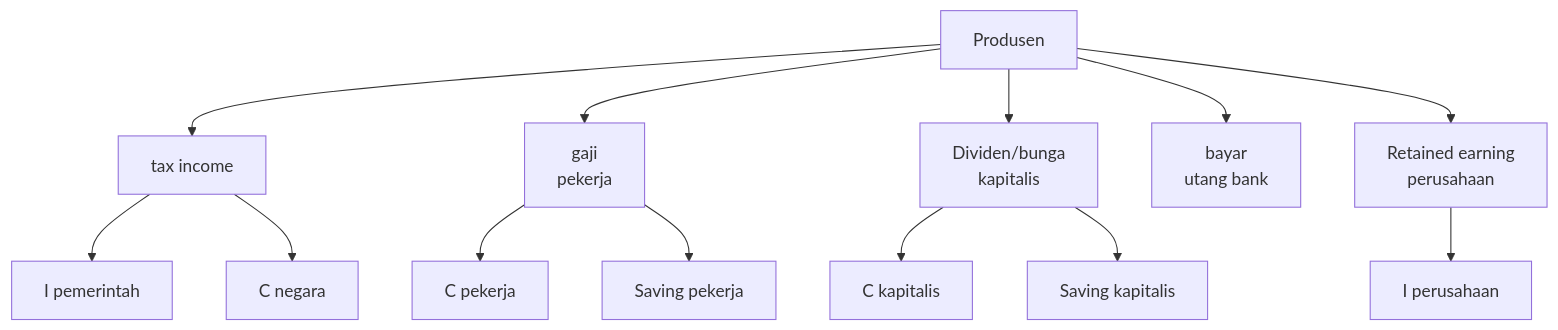
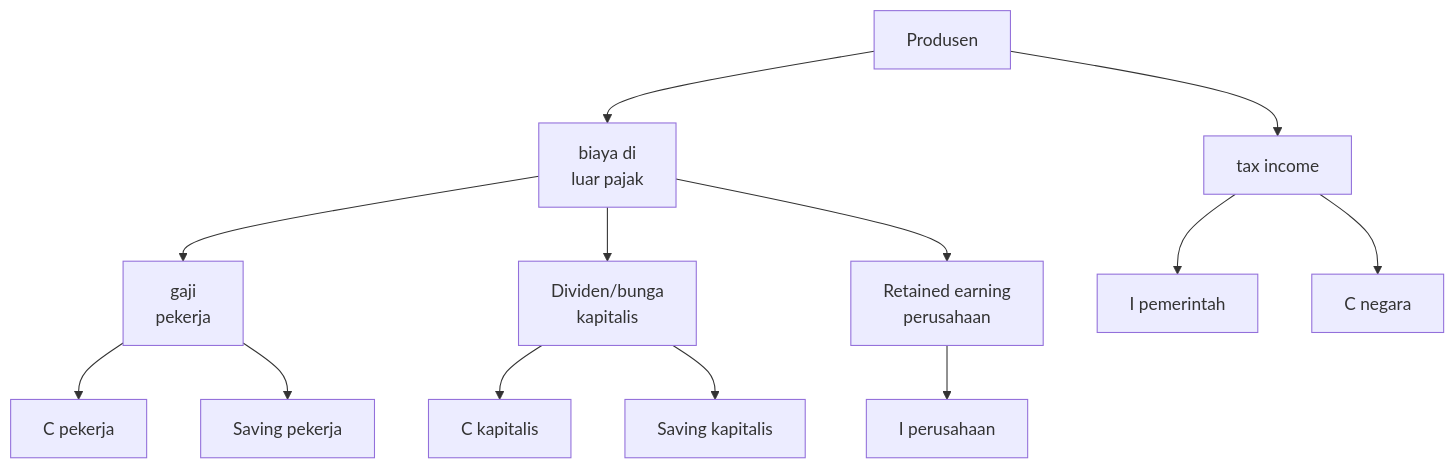
Before and after one commit to imedkrisna/krisna: the first of 2 diagrams in content/id/post/cons/index.md, drawn with Mermaid.

````diff
--- a/content/id/post/cons/index.md
+++ b/content/id/post/cons/index.md
@@ -58,15 +58,15 @@
 ```mermaid
 graph TD;
   A[Produsen]-->B[tax income];
-  A-->C[gaji<br/>pekerja];
-  A-->D[Dividen/bunga<br/>kapitalis];
-  A-->M[bayar<br/>utang bank];
-  A-->E[Retained earning<br/>perusahaan];
+  A-->M[biaya di<br/>luar pajak];
+  M-->C[gaji<br/>pekerja];
+  M-->D[Dividen/bunga<br/>kapitalis];
+  M-->E[Retained earning<br/>perusahaan];
   C-->F[C pekerja];
   C-->G[Saving pekerja];
   D-->H[C kapitalis];
   D-->I[Saving kapitalis];
   E-->J[I perusahaan];
   B-->K[I pemerintah];
   B-->L[C negara];
 ```
````
